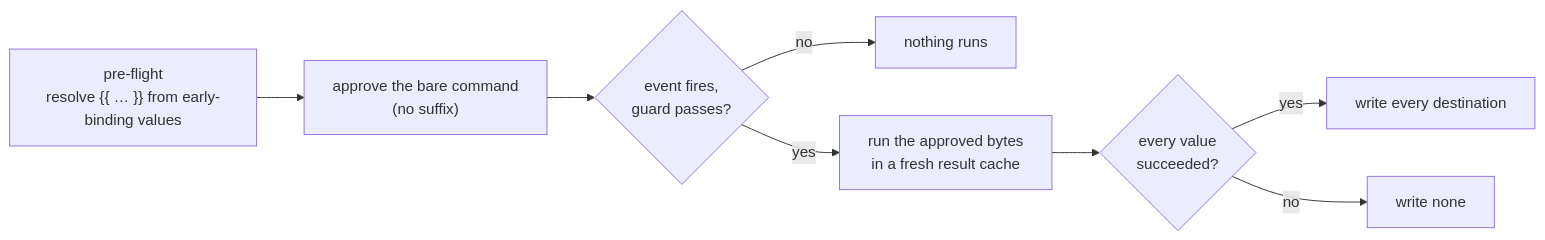
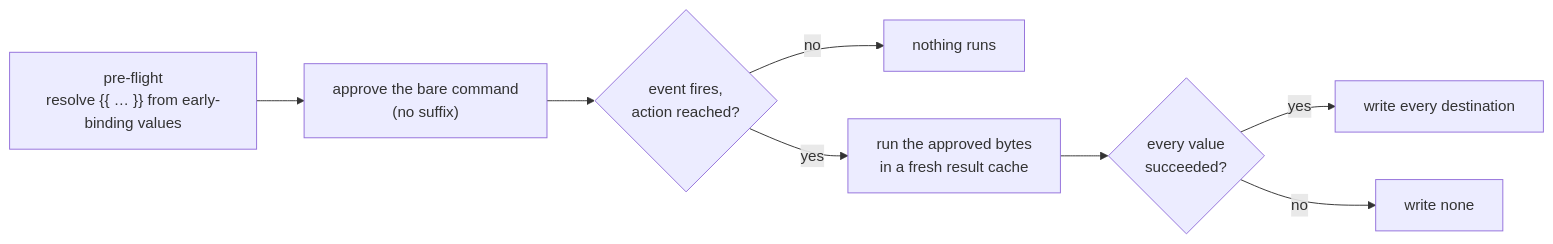
One commit to yankeeinlondon/rusty-biscuit changed the second of 2 diagrams in claudine/docs/topics/flow-control/lifecycle.md. Above: the diagram before and after it, drawn with Mermaid. The commit also changed other lines of this file and 11 other files, not shown here.

````diff
--- a/claudine/docs/topics/flow-control/lifecycle.md
+++ b/claudine/docs/topics/flow-control/lifecycle.md
@@ -340,10 +607,10 @@
 ```mermaid
 flowchart LR
     A["pre-flight<br/>resolve {{ … }} from early-binding values"] --> B["approve the bare command<br/>(no suffix)"]
-    B --> C{"event fires,<br/>guard passes?"}
+    B --> C{"event fires,<br/>action reached?"}
     C -- no --> D["nothing runs"]
     C -- yes --> E["run the approved bytes<br/>in a fresh result cache"]
     E --> F{"every value<br/>succeeded?"}
     F -- yes --> G["write every destination"]
     F -- no --> H["write none"]
 ```
````
